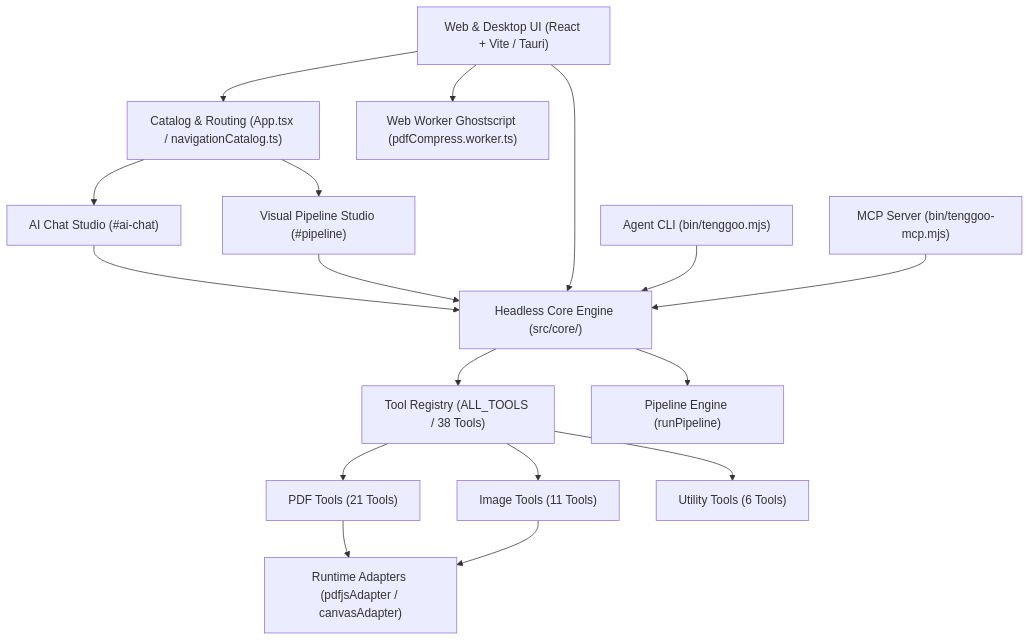
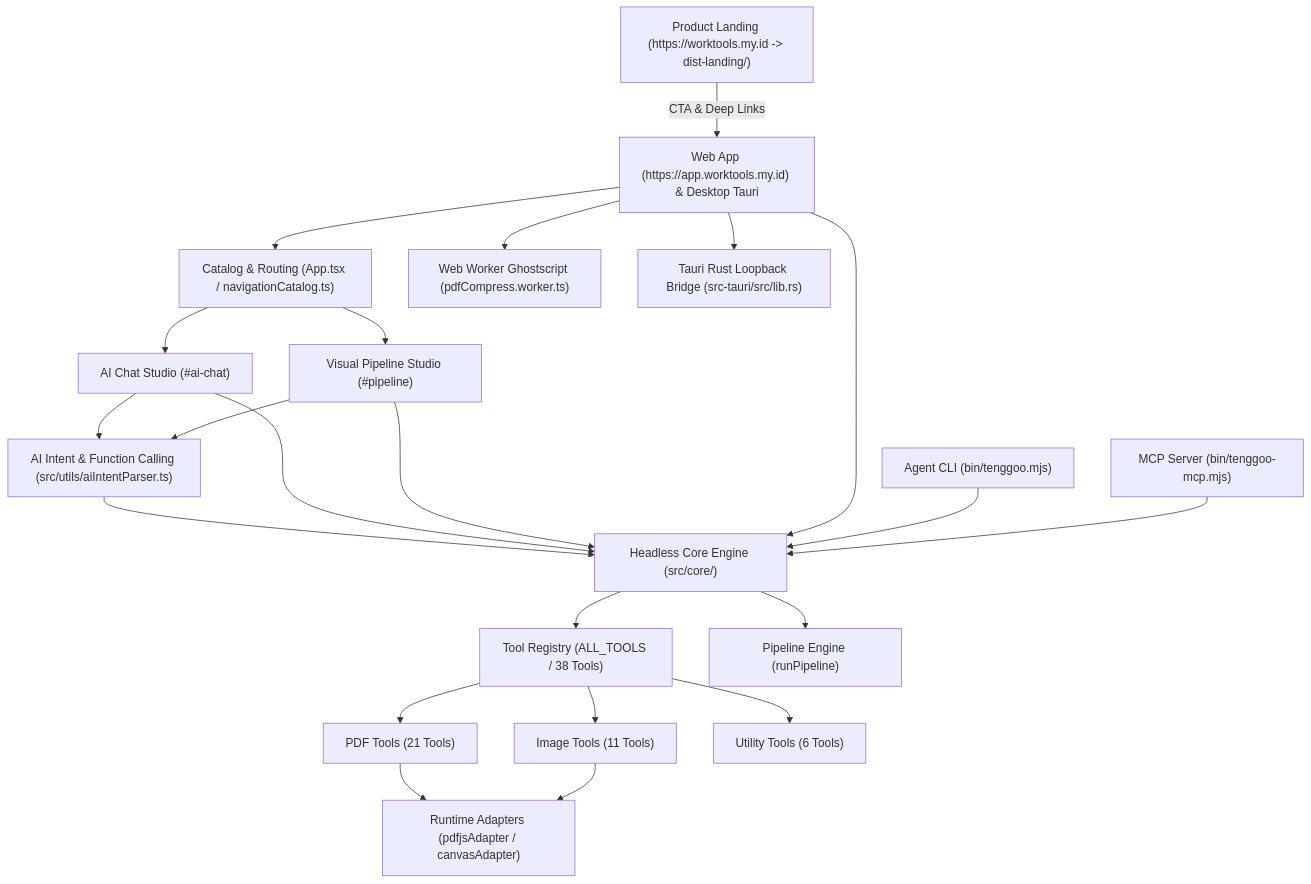
One commit to alafgani1000/worktools changed the diagram in docs/ARCHITECTURE.md. Above: the diagram before and after it, drawn with Mermaid. The commit also changed other lines of this file and 30 other files, not shown here.

Commit message:
feat: upgrade AI Chat & Visual Pipeline Studio, add landing page, and update docs

````diff
--- a/docs/ARCHITECTURE.md
+++ b/docs/ARCHITECTURE.md
@@ -9,29 +9,35 @@
 ```mermaid
 flowchart TD
-    GUI["Web & Desktop UI (React + Vite / Tauri)"]
+    LANDING["Product Landing (https://worktools.my.id -> dist-landing/)"] -->|CTA & Deep Links| GUI["Web App (https://app.worktools.my.id) & Desktop Tauri"]
     CHAT["AI Chat Studio (#ai-chat)"]
     PIPE["Visual Pipeline Studio (#pipeline)"]
+    PARSER["AI Intent & Function Calling (src/utils/aiIntentParser.ts)"]
     CLI["Agent CLI (bin/tenggoo.mjs)"]
     MCP["MCP Server (bin/tenggoo-mcp.mjs)"]
 
     GUI --> NAV["Catalog & Routing (App.tsx / navigationCatalog.ts)"]
     NAV --> CHAT
     NAV --> PIPE
 
-    CHAT --> CORE["Headless Core Engine (src/core/)"]
+    CHAT --> PARSER
+    PIPE --> PARSER
+    PARSER --> CORE["Headless Core Engine (src/core/)"]
+
+    CHAT --> CORE
     PIPE --> CORE
     GUI --> CORE
     CLI --> CORE
     MCP --> CORE
 
     CORE --> REG["Tool Registry (ALL_TOOLS / 38 Tools)"]
     CORE --> RUNNER["Pipeline Engine (runPipeline)"]
 
     REG --> PDF["PDF Tools (21 Tools)"]
     REG --> IMG["Image Tools (11 Tools)"]
     REG --> UTIL["Utility Tools (6 Tools)"]
 
     PDF --> RT["Runtime Adapters (pdfjsAdapter / canvasAdapter)"]
     IMG --> RT
     GUI --> WORKER["Web Worker Ghostscript (pdfCompress.worker.ts)"]
+    GUI --> TAURI["Tauri Rust Loopback Bridge (src-tauri/src/lib.rs)"]
 ```
````
